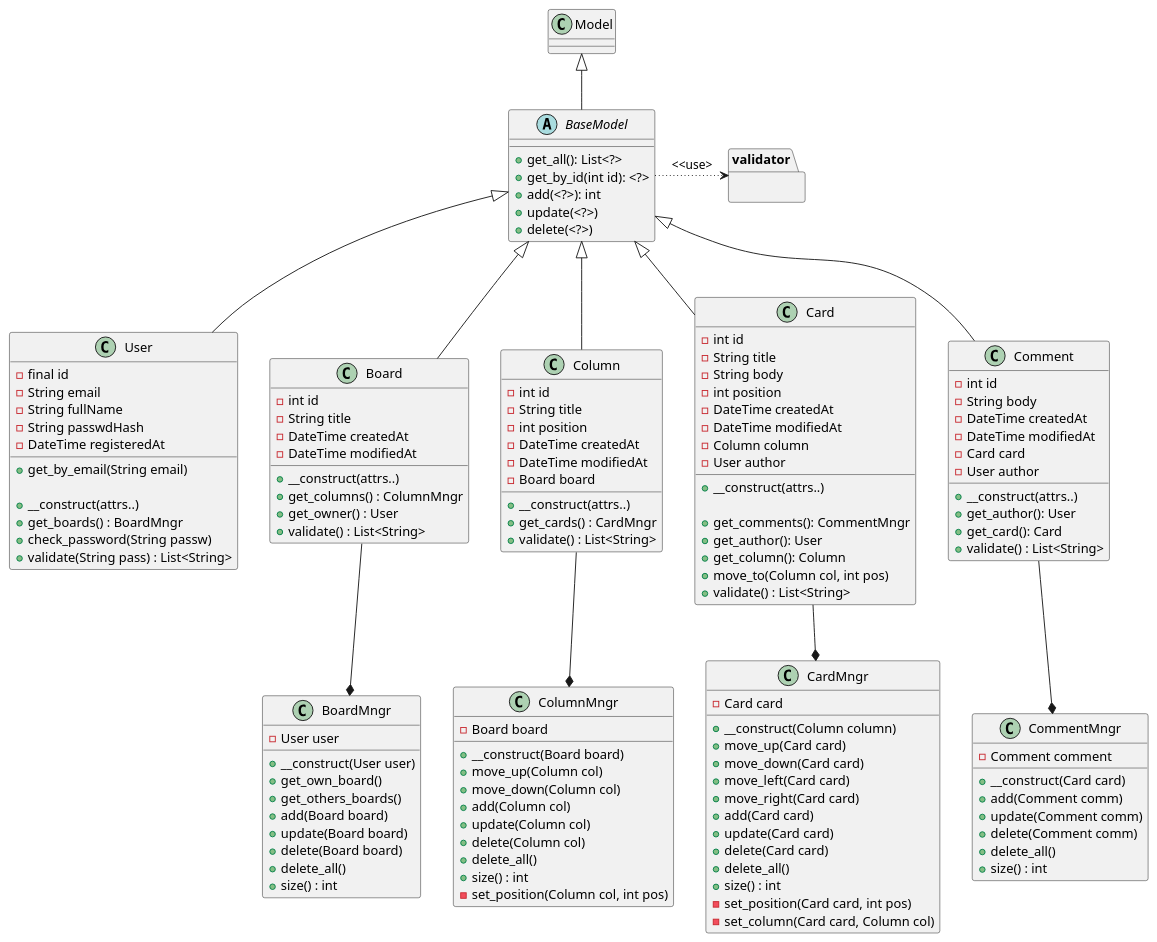
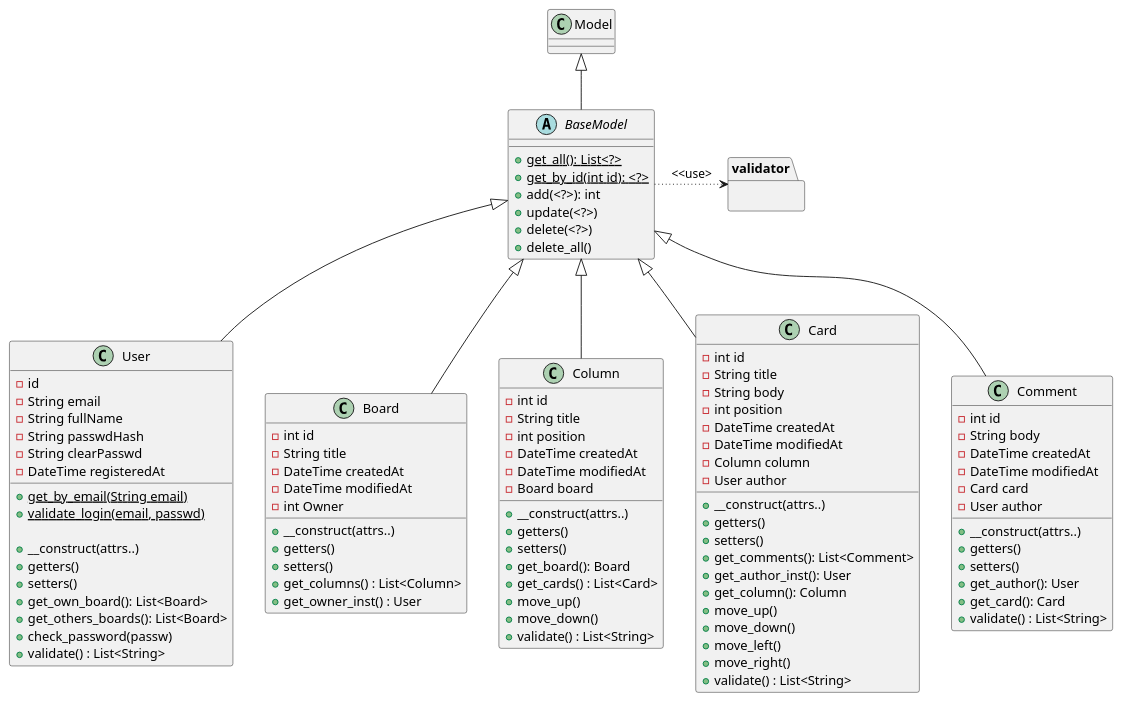
One commit to etic4/mini-trello-php changed the first of 3 diagrams in analyse/Diagrammes-V1.md. Above: the diagram before and after it, drawn with PlantUML. The commit also changed 1 other file, not shown here.

Commit message:
Maj analyse V1

````diff
--- a/analyse/Diagrammes-V1.md
+++ b/analyse/Diagrammes-V1.md
@@ -20,10 +20,6 @@
 Card -u-|> BaseModel
 Comment -u-|> BaseModel
 
-BoardMngr *-u- Board
-ColumnMngr *-u- Column
-CardMngr *-u- Card
-CommentMngr *-u- Comment
 
 package validator {
 }
@@ -31,25 +27,32 @@
 'note top of User : "Il faut passer le password\nen clair à validate()"
 
 abstract class BaseModel extends Model {
-    + get_all(): List<?>
-    + get_by_id(int id): <?>
+    + {static} get_all(): List<?>
+    + {static} get_by_id(int id): <?>
     + add(<?>): int
     + update(<?>)
     + delete(<?>)
+    + delete_all()
 }
 
 class User {
-    - final id
+    - id
     - String email
     - String fullName
     - String passwdHash
+    - String clearPasswd
     - DateTime registeredAt
-    + get_by_email(String email)
+
+    + {static} get_by_email(String email)
+    + {static} validate_login(email, passwd)
     
     + __construct(attrs..)
-    + get_boards() : BoardMngr
-    + check_password(String passw)
-    + validate(String pass) : List<String>
+    + getters()
+    + setters()
+    + get_own_board(): List<Board>
+    + get_others_boards(): List<Board>
+    + check_password(passw)
+    + validate() : List<String>
 }
 
 class Board {
@@ -57,11 +60,13 @@
     - String title
     - DateTime createdAt
     - DateTime modifiedAt
+    - int Owner
     
     + __construct(attrs..)
-    + get_columns() : ColumnMngr
-    + get_owner() : User
-    + validate() : List<String>
+    + getters()
+    + setters()
+    + get_columns() : List<Column>
+    + get_owner_inst() : User
 }
 
 class Column {
@@ -72,7 +77,12 @@
     - DateTime modifiedAt
     - Board board
     + __construct(attrs..)
-    + get_cards() : CardMngr
+    + getters()
+    + setters()
+    + get_board(): Board
+    + get_cards() : List<Card>
+    + move_up()
+    + move_down()
     + validate() : List<String>
 }
 
@@ -87,11 +97,15 @@
     - User author
     
     + __construct(attrs..)
-
-    + get_comments(): CommentMngr
-    + get_author(): User
+    + getters()
+    + setters()
+    + get_comments(): List<Comment>
+    + get_author_inst(): User
     + get_column(): Column
-    + move_to(Column col, int pos)
+    + move_up()
+    + move_down()
+    + move_left()
+    + move_right()
     + validate() : List<String>
 }
 
@@ -104,61 +118,12 @@
     - User author
 
     + __construct(attrs..)
+    + getters()
+    + setters()
     + get_author(): User
     + get_card(): Card
     + validate() : List<String>
 }
 
-class BoardMngr {
-    - User user
-    + __construct(User user)
-    + get_own_board()
-    + get_others_boards()
-    + add(Board board)
-    + update(Board board)
-    + delete(Board board)
-    + delete_all()
-    + size() : int
-}
-
-class ColumnMngr {
-    - Board board
-    + __construct(Board board)
-    + move_up(Column col)
-    + move_down(Column col)
-    + add(Column col)
-    + update(Column col)
-    + delete(Column col)
-    + delete_all()
-    + size() : int
-    - set_position(Column col, int pos)
-}
-
-class CardMngr {
-    - Card card
-    + __construct(Column column)
-    + move_up(Card card)
-    + move_down(Card card)
-    + move_left(Card card)
-    + move_right(Card card)
-    + add(Card card)
-    + update(Card card)
-    + delete(Card card)
-    + delete_all()
-    + size() : int
-    - set_position(Card card, int pos)
-    - set_column(Card card, Column col)
-}
-
-class CommentMngr {
-    - Comment comment
-    + __construct(Card card)
-    + add(Comment comm)
-    + update(Comment comm)
-    + delete(Comment comm)
-    + delete_all()
-    + size() : int
-}
-
 @enduml
 ```
````
